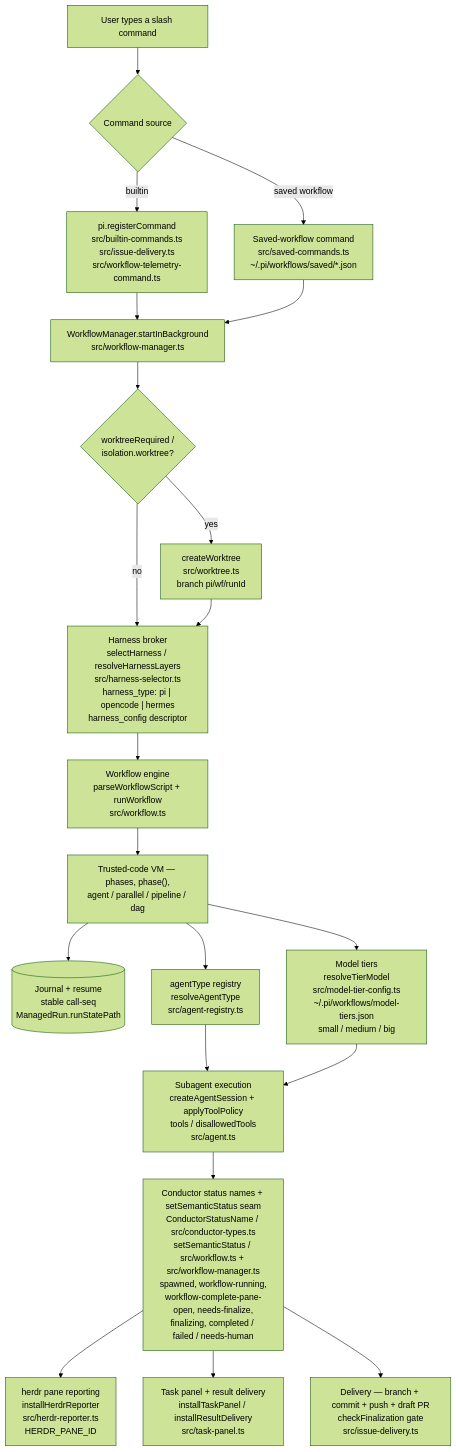
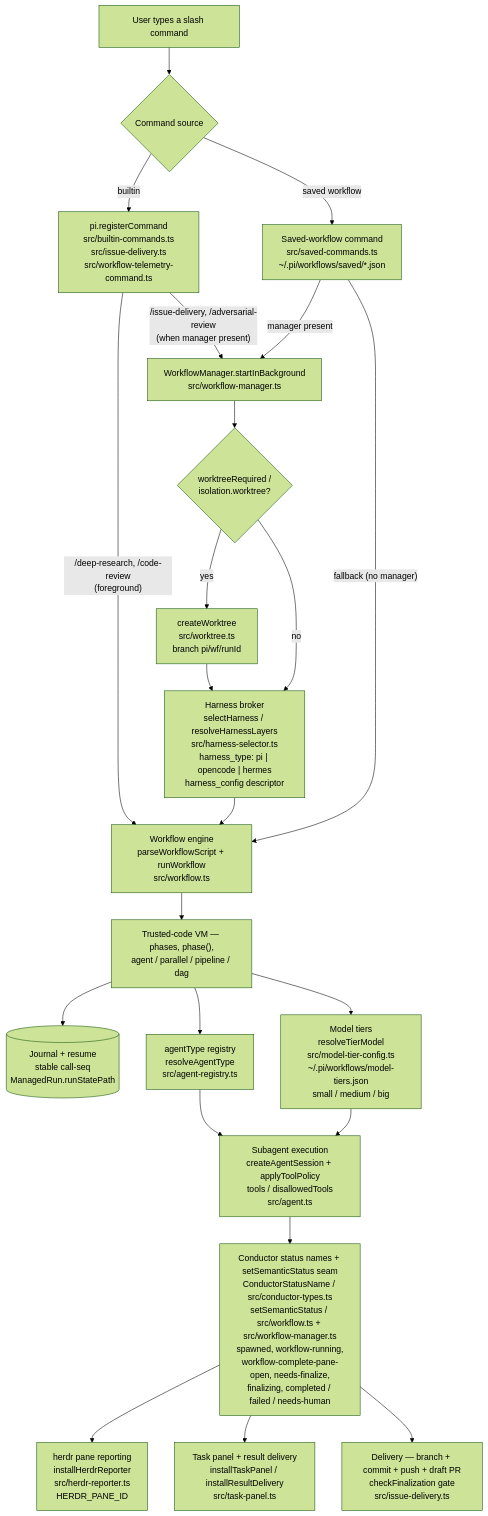
Before and after one commit to gtnotacoder/pi-dynamic-workflows: the diagram in docs/architecture.md, drawn with Mermaid (forest theme). The commit also changed other lines of this file, not shown here.

First line of the commit message:
docs: fix 3 architecture.md drifts vs shipped code (PR #109)

````diff
--- a/docs/architecture.md
+++ b/docs/architecture.md
@@ -9,23 +9,25 @@
 ```mermaid
 flowchart TD
   U["User types a slash command"] --> CMD{"Command source"}
   CMD -->|"builtin"| BC["pi.registerCommand<br/>src/builtin-commands.ts<br/>src/issue-delivery.ts<br/>src/workflow-telemetry-command.ts"]
   CMD -->|"saved workflow"| SW["Saved-workflow command<br/>src/saved-commands.ts<br/>~/.pi/workflows/saved/*.json"]
-  BC --> WM
-  SW --> WM
+  BC -->|"/deep-research, /code-review<br/>(foreground)"| RUN
+  BC -->|"/issue-delivery, /adversarial-review<br/>(when manager present)"| WM
+  SW -->|"manager present"| WM
+  SW -->|"fallback (no manager)"| RUN
   WM["WorkflowManager.startInBackground<br/>src/workflow-manager.ts"] --> WT{"worktreeRequired /<br/>isolation.worktree?"}
   WT -->|"yes"| ISO["createWorktree<br/>src/worktree.ts<br/>branch pi/wf/runId"]
   WT -->|"no"| HB
   ISO --> HB["Harness broker<br/>selectHarness / resolveHarnessLayers<br/>src/harness-selector.ts<br/>harness_type: pi | opencode | hermes<br/>harness_config descriptor"]
   HB --> RUN["Workflow engine<br/>parseWorkflowScript + runWorkflow<br/>src/workflow.ts"]
   RUN --> VM["Trusted-code VM — phases, phase(),<br/>agent / parallel / pipeline / dag"]
   VM --> JR[("Journal + resume<br/>stable call-seq<br/>ManagedRun.runStatePath")]
   VM --> AR["agentType registry<br/>resolveAgentType<br/>src/agent-registry.ts"]
   VM --> MT["Model tiers<br/>resolveTierModel<br/>src/model-tier-config.ts<br/>~/.pi/workflows/model-tiers.json<br/>small / medium / big"]
   AR --> SA["Subagent execution<br/>createAgentSession + applyToolPolicy<br/>tools / disallowedTools<br/>src/agent.ts"]
   MT --> SA
   SA --> CS["Conductor status names + setSemanticStatus seam<br/>ConductorStatusName / src/conductor-types.ts<br/>setSemanticStatus / src/workflow.ts + src/workflow-manager.ts<br/>spawned, workflow-running,<br/>workflow-complete-pane-open, needs-finalize,<br/>finalizing, completed / failed / needs-human"]
   CS --> HR["herdr pane reporting<br/>installHerdrReporter<br/>src/herdr-reporter.ts<br/>HERDR_PANE_ID"]
   CS --> TP["Task panel + result delivery<br/>installTaskPanel / installResultDelivery<br/>src/task-panel.ts"]
   CS --> DEL["Delivery — branch + commit + push + draft PR<br/>checkFinalization gate<br/>src/issue-delivery.ts"]
 ```
````
